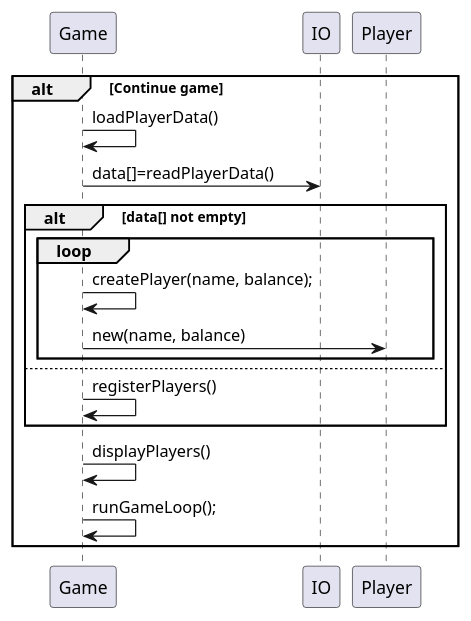
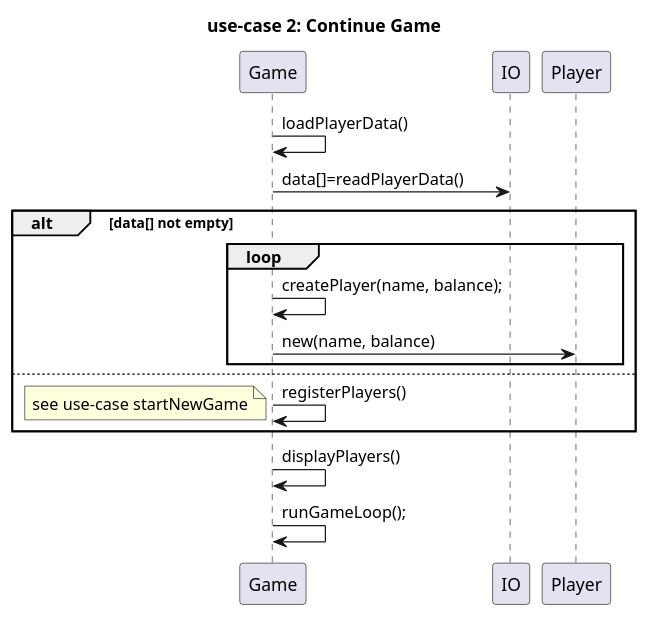
Before and after one commit to Dat1Cphbusiness/MonopolyE24: the diagram in doc/sequence_2_continue_game.puml, drawn with PlantUML. The commit also changed 7 other files, not shown here.

Commit message:
diagrams

```diff
--- a/doc/sequence_2_continue_game.puml
+++ b/doc/sequence_2_continue_game.puml
@@ -1,24 +1,25 @@
 @startuml
 'https://plantuml.com/sequence-diagram
+title use-case 2: Continue Game
 
-
-alt Continue game
 
 Game -> Game: loadPlayerData()
 Game -> IO: data[]=readPlayerData()
 alt data[] not empty
 loop
 Game -> Game: createPlayer(name, balance);
 Game -> Player: new(name, balance)
 end
 
 else
-
 Game -> Game: registerPlayers()
+note left
+see use-case startNewGame
+end note
 end
 Game -> Game: displayPlayers()
 Game -> Game: runGameLoop();
-end
+
 
 
 @enduml
```
